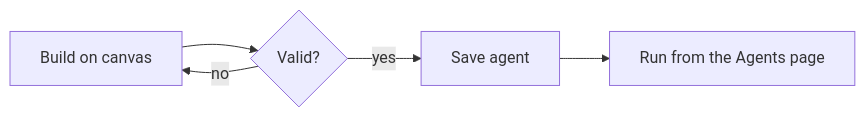
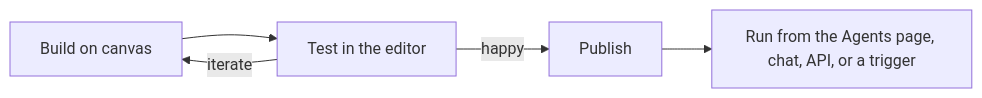
Before and after one commit to al2m4n/TheYgent: the second of 2 diagrams in docs/user-docs/content/building/editor.md, drawn with Mermaid. The commit also changed other lines of this file and 38 other files, not shown here.

````diff
--- a/docs/user-docs/content/building/editor.md
+++ b/docs/user-docs/content/building/editor.md
@@ -194,7 +209,7 @@
 ```mermaid
 graph LR
-  Build["Build on canvas"] --> Valid{"Valid?"}
-  Valid -->|no| Build
-  Valid -->|yes| Save["Save agent"]
-  Save --> Run["Run from the Agents page"]
+  Build["Build on canvas"] --> Test["Test in the editor"]
+  Test -->|iterate| Build
+  Test -->|happy| Pub["Publish"]
+  Pub --> Run["Run from the Agents page, chat, API, or a trigger"]
 ```
````
